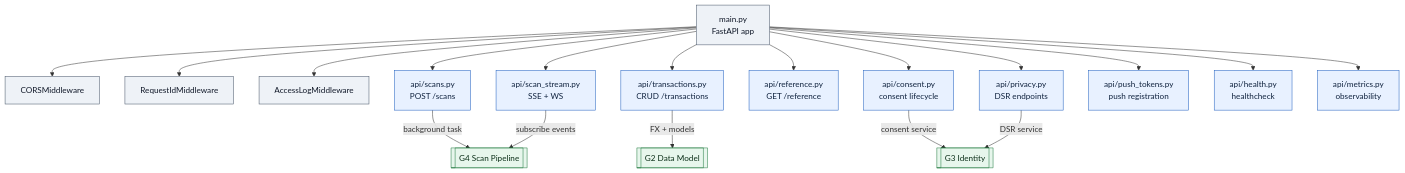
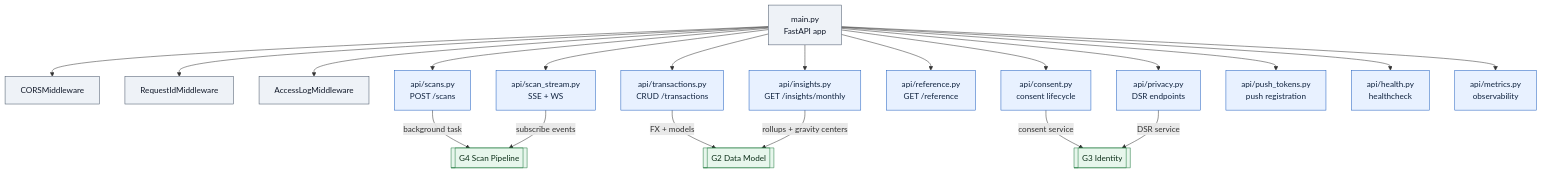
One commit to Brownbull/gastify changed the first of 2 diagrams in docs/wells/1-api-core.md. Above: the diagram before and after it, drawn with Mermaid. The commit also changed other lines of this file and 13 other files, not shown here.

First line of the commit message:
feat(insights): add monthly rollup engine

````diff
--- a/docs/wells/1-api-core.md
+++ b/docs/wells/1-api-core.md
@@ -79,28 +88,30 @@
 ```mermaid
 flowchart TD
   main["main.py<br/>FastAPI app"] --> cors["CORSMiddleware"]
   main --> reqid["RequestIdMiddleware"]
   main --> acclog["AccessLogMiddleware"]
   main --> scans["api/scans.py<br/>POST /scans"]
   main --> stream["api/scan_stream.py<br/>SSE + WS"]
   main --> txns["api/transactions.py<br/>CRUD /transactions"]
+  main --> insights["api/insights.py<br/>GET /insights/monthly"]
   main --> ref["api/reference.py<br/>GET /reference"]
   main --> consent["api/consent.py<br/>consent lifecycle"]
   main --> privacy["api/privacy.py<br/>DSR endpoints"]
   main --> push["api/push_tokens.py<br/>push registration"]
   main --> health["api/health.py<br/>healthcheck"]
   main --> metrics_ep["api/metrics.py<br/>observability"]
 
   scans -->|"background task"| g4[["G4 Scan Pipeline"]]
   stream -->|"subscribe events"| g4
   txns -->|"FX + models"| g2[["G2 Data Model"]]
+  insights -->|"rollups + gravity centers"| g2
   consent -->|"consent service"| g3[["G3 Identity"]]
   privacy -->|"DSR service"| g3
 
   classDef infra fill:#eef2f7,stroke:#475467,color:#101828;
   classDef router fill:#e8f1ff,stroke:#1f5fbf,color:#10233f;
   classDef well fill:#e7f6ec,stroke:#1f7a3f,color:#0b2f18;
   class main,cors,reqid,acclog infra;
-  class scans,stream,txns,ref,consent,privacy,push,health,metrics_ep router;
+  class scans,stream,txns,insights,ref,consent,privacy,push,health,metrics_ep router;
   class g2,g3,g4 well;
 ```
````
